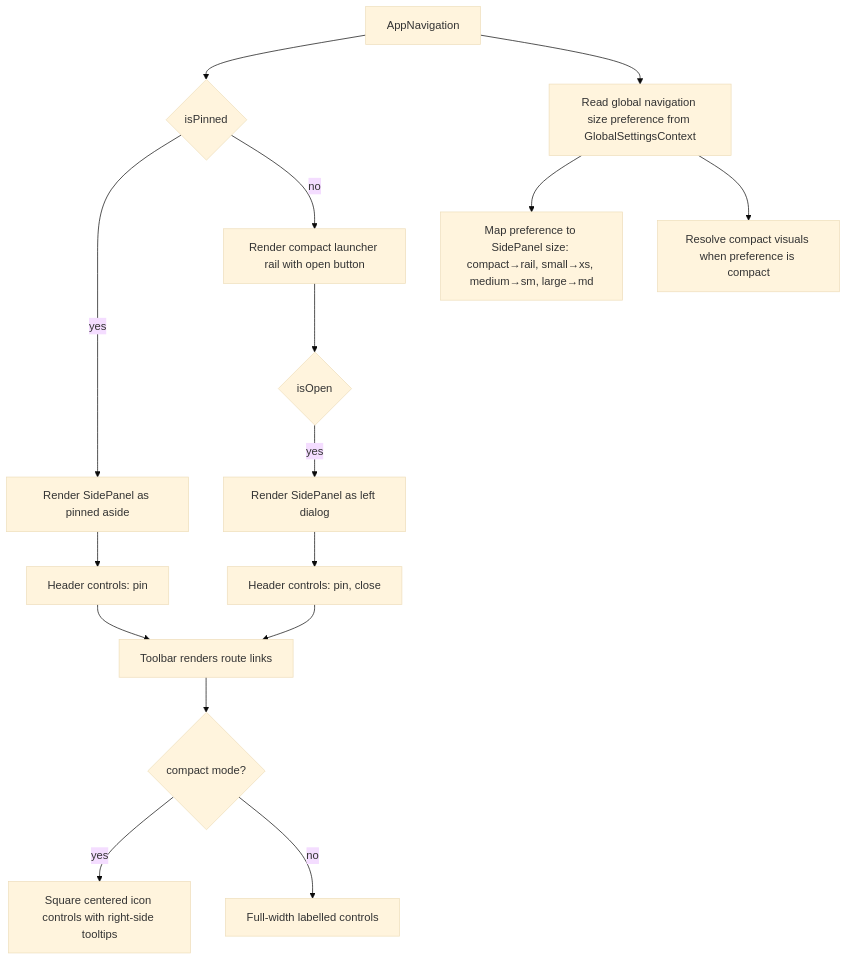
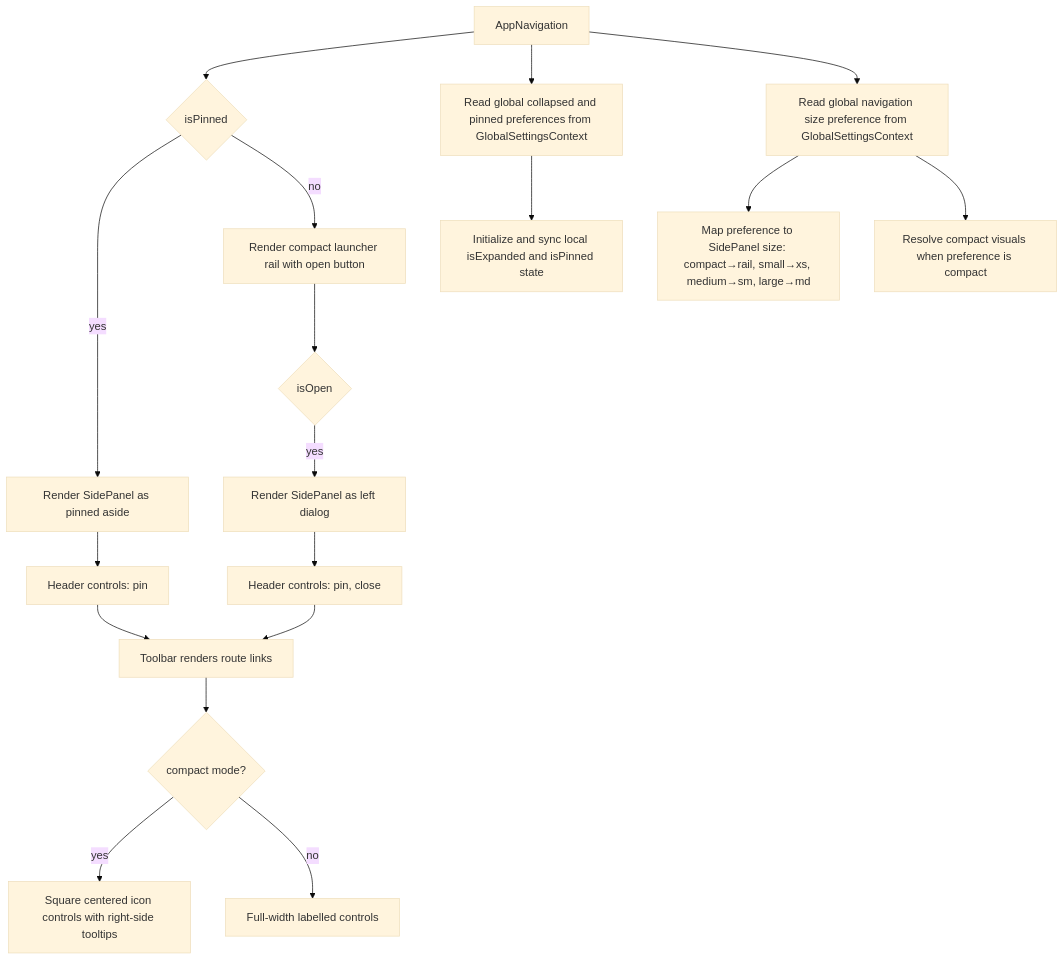
One commit to luciocabrera/lcabrera-stack changed the second of 2 diagrams in apps/react-router/src/components/AppNavigation/ARCHITECTURE.md. Above: the diagram before and after it, drawn with Mermaid (base theme). The commit also changed other lines of this file and 11 other files, not shown here.

Commit message:
feat: add global navigation preferences for collapsed and pinned states

````diff
--- a/apps/react-router/src/components/AppNavigation/ARCHITECTURE.md
+++ b/apps/react-router/src/components/AppNavigation/ARCHITECTURE.md
@@ -32,18 +32,20 @@
 ```mermaid
 graph TD
   A[AppNavigation] --> B{isPinned}
   B -->|yes| C[Render SidePanel as pinned aside]
   B -->|no| D[Render compact launcher rail with open button]
   D --> E{isOpen}
   E -->|yes| F[Render SidePanel as left dialog]
+  A --> P[Read global collapsed and pinned preferences from GlobalSettingsContext]
+  P --> Q[Initialize and sync local isExpanded and isPinned state]
   A --> M[Read global navigation size preference from GlobalSettingsContext]
   M --> N[Map preference to SidePanel size: compact→rail, small→xs, medium→sm, large→md]
   M --> O[Resolve compact visuals when preference is compact]
   C --> G[Header controls: pin]
   F --> H[Header controls: pin, close]
   G --> I[Toolbar renders route links]
   H --> I
   I --> J{compact mode?}
   J -->|yes| K[Square centered icon controls with right-side tooltips]
   J -->|no| L[Full-width labelled controls]
 ```
````
